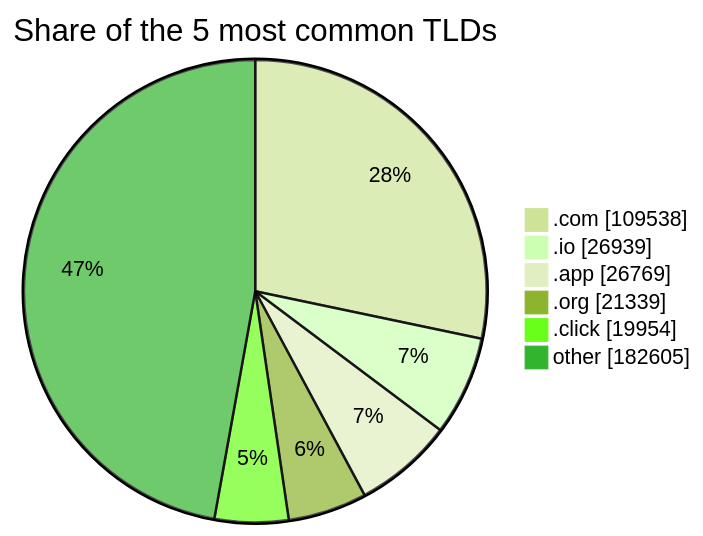
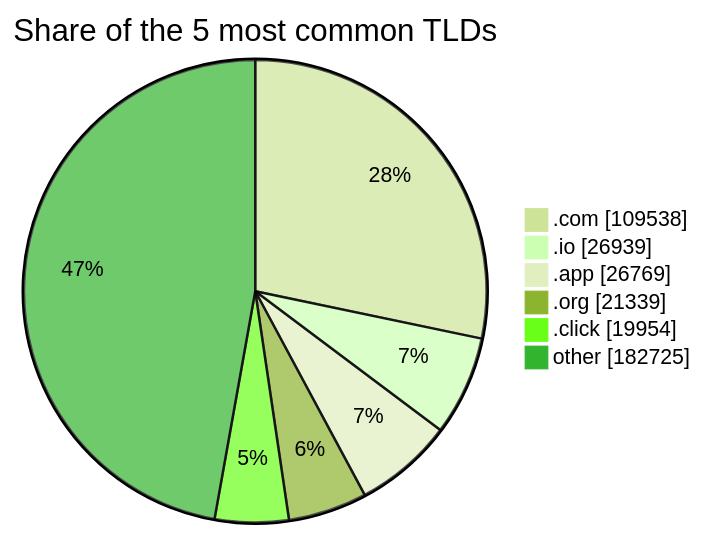
The third of 3 diagrams in README.md (DNSBunker/CTI), drawn with Mermaid (forest theme) before and after one commit. The commit also changed other lines of this file and 3 other files, not shown here.

````diff
--- a/README.md
+++ b/README.md
@@ -81,9 +81,9 @@
 ```mermaid
 pie showData title Share of the 5 most common TLDs
     ".com" : 109538
     ".io" : 26939
     ".app" : 26769
     ".org" : 21339
     ".click" : 19954
-    "other" : 182605
+    "other" : 182725
 ```
````
